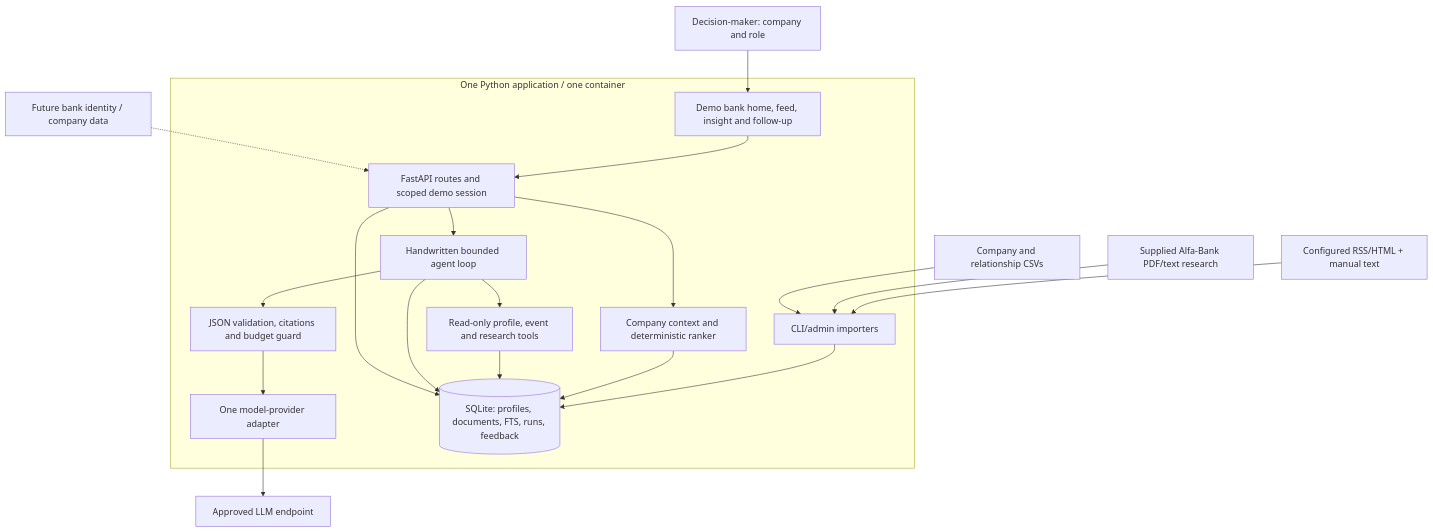
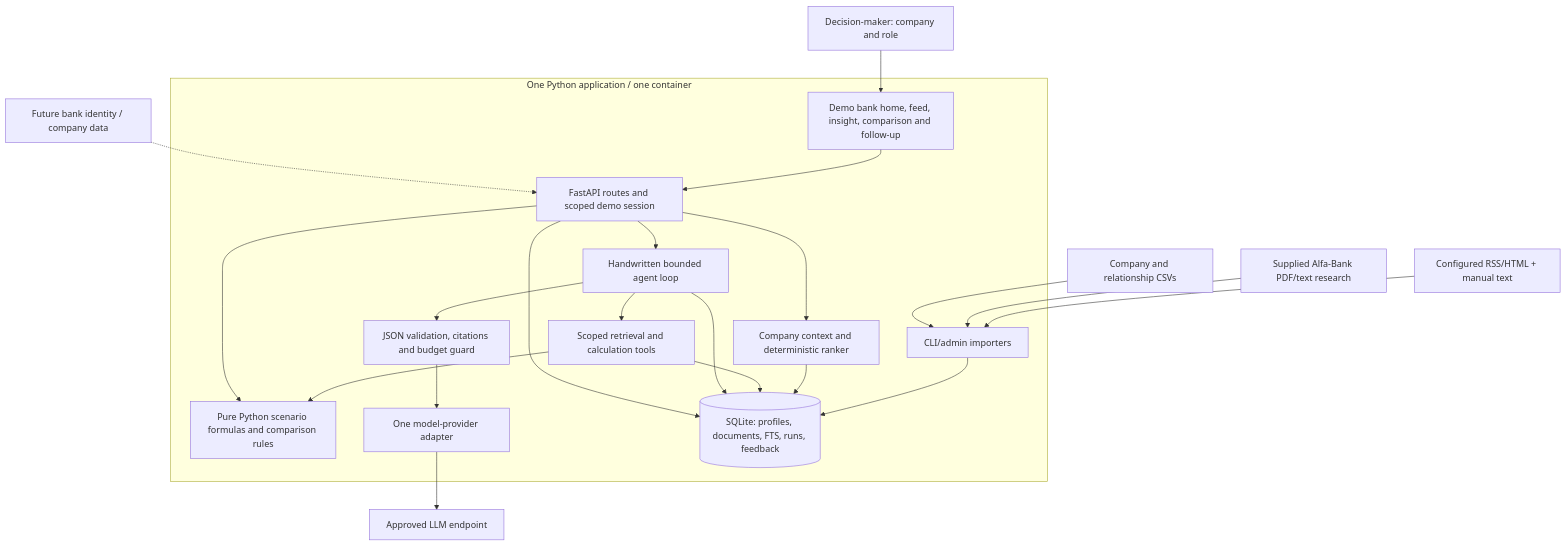
One commit to jwilliamn/alfacase changed the second of 6 diagrams in docs/ARCHITECTURE.md. Above: the diagram before and after it, drawn with Mermaid. The commit also changed other lines of this file and 2 other files, not shown here.

Commit message:
docs: add decision intelligence and retrieval strategy

````diff
--- a/docs/ARCHITECTURE.md
+++ b/docs/ARCHITECTURE.md
@@ -11,22 +35,24 @@
 ```mermaid
 flowchart TB
-    User["Decision-maker: company and role"] --> UI["Demo bank home, feed, insight and follow-up"]
+    User["Decision-maker: company and role"] --> UI["Demo bank home, feed, insight, comparison and follow-up"]
     subgraph App["One Python application / one container"]
         UI --> API["FastAPI routes and scoped demo session"]
         API --> Context["Company context and deterministic ranker"]
         API --> Agent["Handwritten bounded agent loop"]
-        Agent --> Tools["Read-only profile, event and research tools"]
+        Agent --> Tools["Scoped retrieval and calculation tools"]
+        Tools --> Scenario["Pure Python scenario formulas and comparison rules"]
+        API --> Scenario
         Agent --> Gate["JSON validation, citations and budget guard"]
         Gate --> Adapter["One model-provider adapter"]
         Import["CLI/admin importers"] --> DB[("SQLite: profiles, documents, FTS, runs, feedback")]
         Context --> DB
         Tools --> DB
         Agent --> DB
         API --> DB
     end
     News["Configured RSS/HTML + manual text"] --> Import
     Research["Supplied Alfa-Bank PDF/text research"] --> Import
     CSV["Company and relationship CSVs"] --> Import
     Adapter --> LLM["Approved LLM endpoint"]
     RealBank["Future bank identity / company data"] -.-> API
 ```
````
